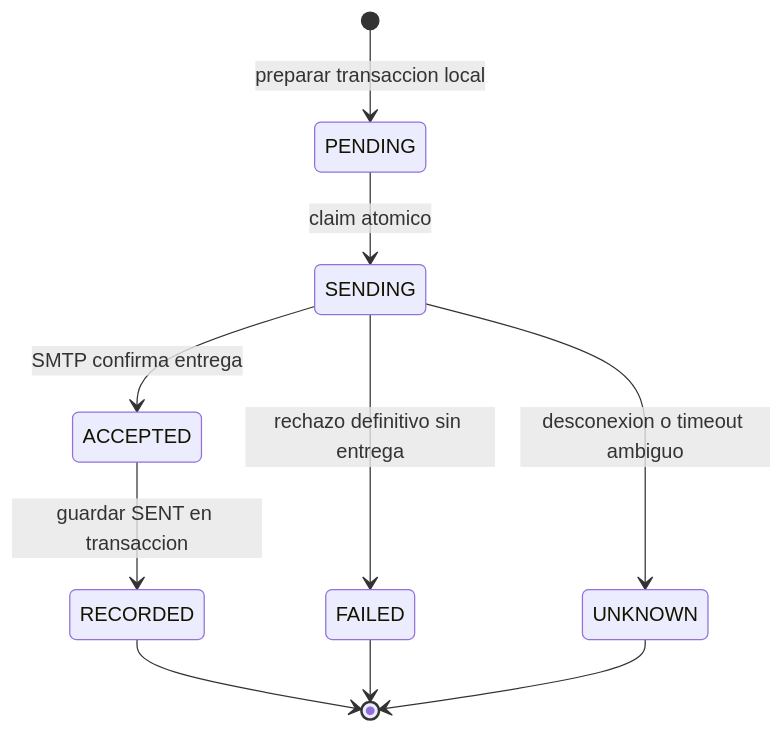
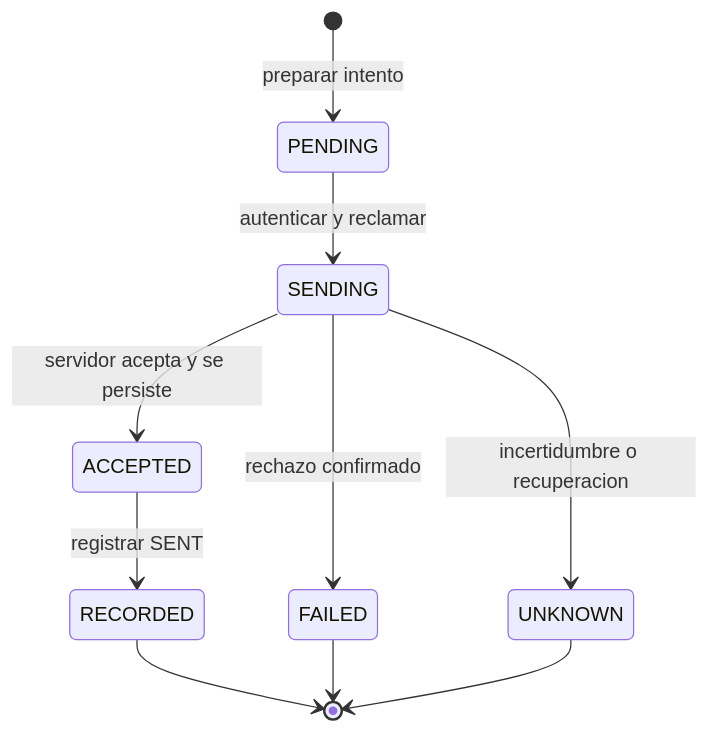
Before and after one commit to JuanPablo72000/evermail: the fifth of 5 diagrams in docs/arquitectura/diagramas/uml-service.md, drawn with Mermaid. The commit also changed other lines of this file and 25 other files, not shown here.

````diff
--- a/docs/arquitectura/diagramas/uml-service.md
+++ b/docs/arquitectura/diagramas/uml-service.md
@@ -86,12 +150,12 @@
 ```mermaid
 stateDiagram-v2
-    [*] --> PENDING : preparar transaccion local
-    PENDING --> SENDING : claim atomico
-    SENDING --> ACCEPTED : SMTP confirma entrega
-    SENDING --> FAILED : rechazo definitivo sin entrega
-    SENDING --> UNKNOWN : desconexion o timeout ambiguo
-    ACCEPTED --> RECORDED : guardar SENT en transaccion
+    [*] --> PENDING : preparar intento
+    PENDING --> SENDING : autenticar y reclamar
+    SENDING --> ACCEPTED : servidor acepta y se persiste
+    SENDING --> FAILED : rechazo confirmado
+    SENDING --> UNKNOWN : incertidumbre o recuperacion
+    ACCEPTED --> RECORDED : registrar SENT
     RECORDED --> [*]
     FAILED --> [*]
     UNKNOWN --> [*]
 ```
````
